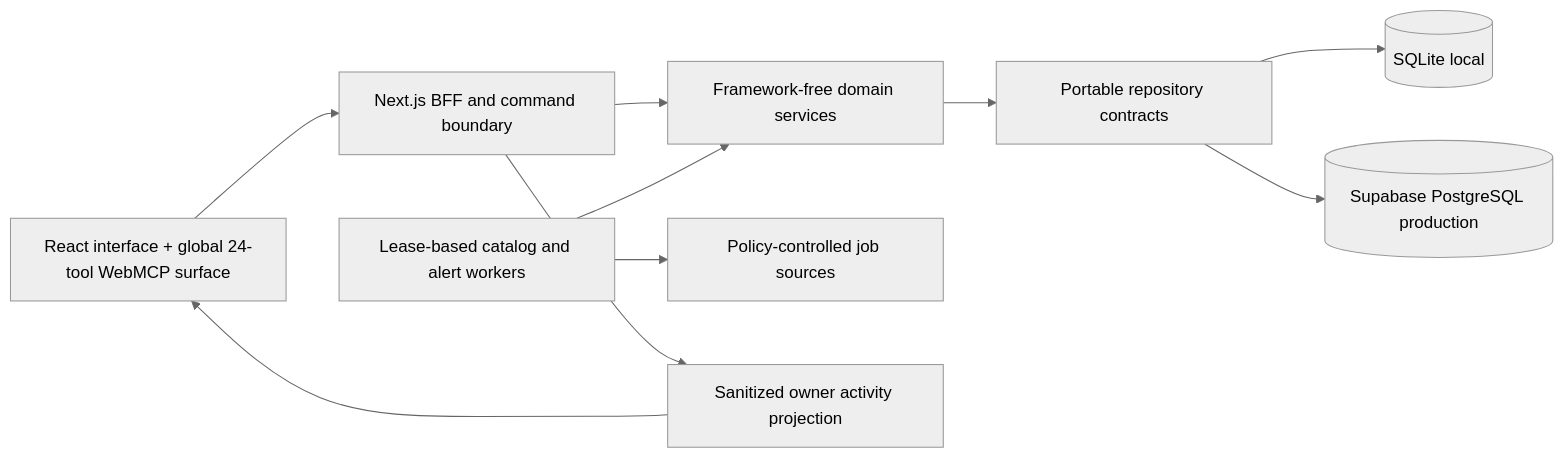
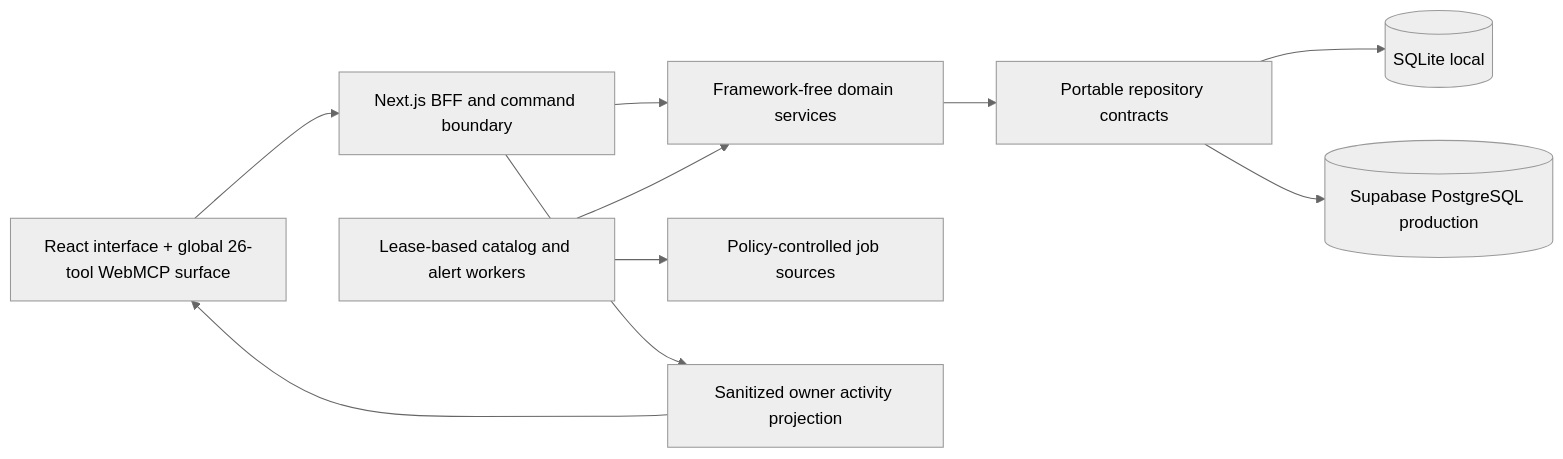
The diagram in README.md (der-bear/jobbbler), drawn with Mermaid (neutral theme) before and after one commit. The commit also changed other lines of this file and 31 other files, not shown here.

````diff
--- a/README.md
+++ b/README.md
@@ -137,12 +141,12 @@
 ```mermaid
 flowchart LR
-  Browser[React interface + global 24-tool WebMCP surface] --> API[Next.js BFF and command boundary]
+  Browser[React interface + global 26-tool WebMCP surface] --> API[Next.js BFF and command boundary]
   API --> Domain[Framework-free domain services]
   Domain --> Storage[Portable repository contracts]
   Storage --> SQLite[(SQLite local)]
   Storage --> Postgres[(Supabase PostgreSQL production)]
   Worker[Lease-based catalog and alert workers] --> Domain
   Worker --> Sources[Policy-controlled job sources]
   API --> Activity[Sanitized owner activity projection]
   Activity --> Browser
 ```
````
